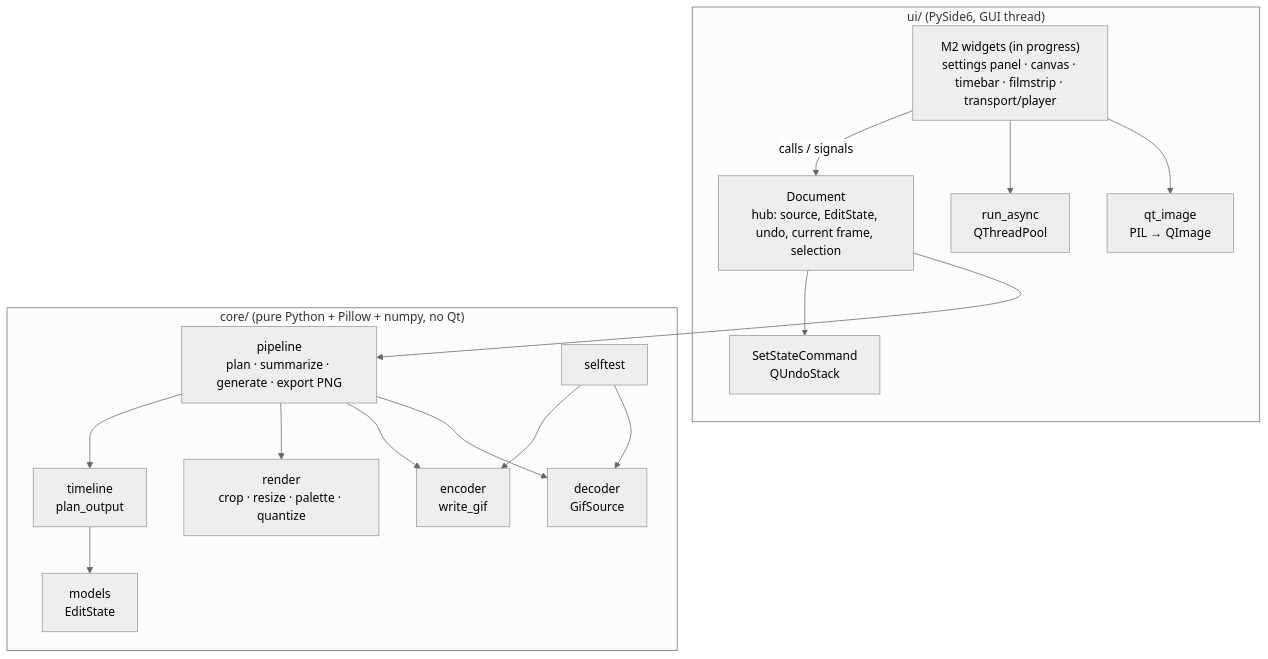
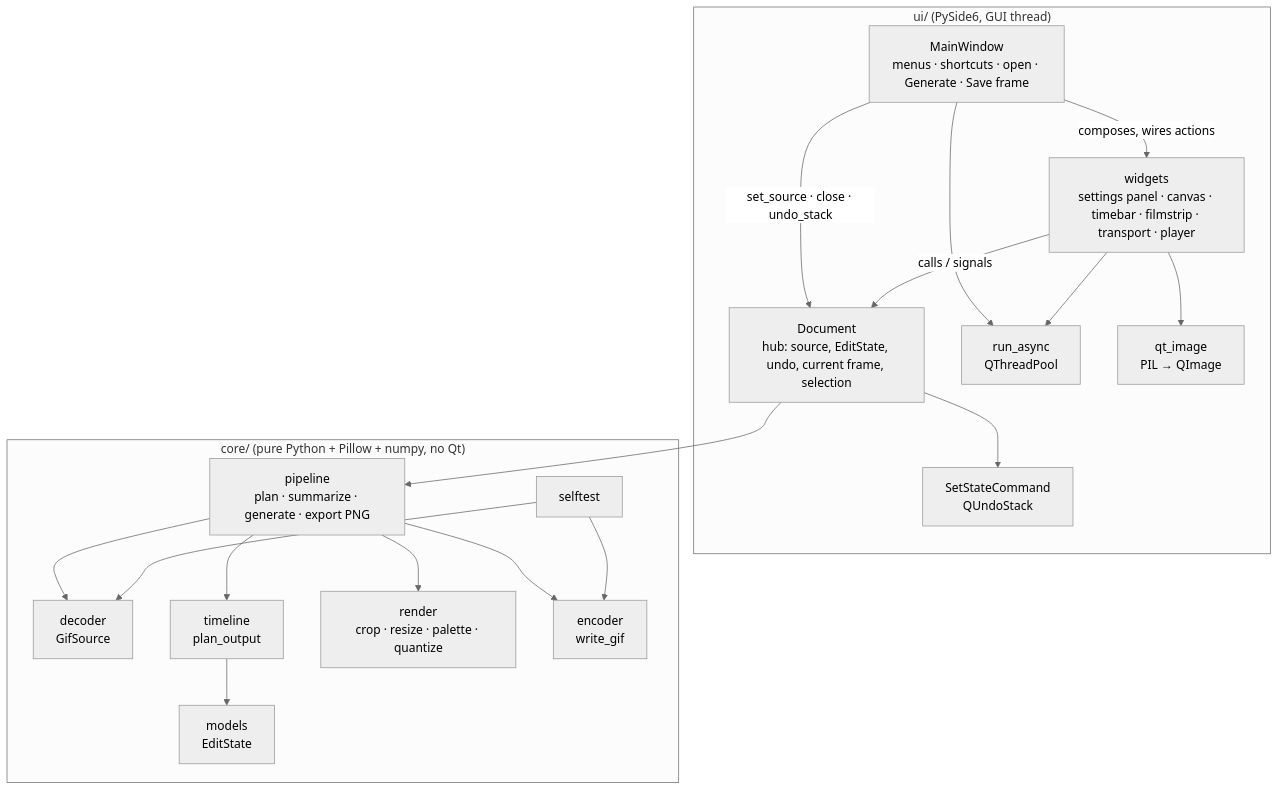
The first of 5 diagrams in docs/03-architecture.md (ErmanKan/EGPlease), drawn with Mermaid (neutral theme) before and after one commit. The commit also changed other lines of this file and 21 other files, not shown here.

Commit message:
docs: complete Milestone 2 documentation (main window, inspector, architecture, dev log, README)

````diff
--- a/docs/03-architecture.md
+++ b/docs/03-architecture.md
@@ -7,27 +7,31 @@
 ```mermaid
 flowchart TB
     subgraph UI["ui/ (PySide6, GUI thread)"]
-        W["M2 widgets (in progress)<br/>settings panel · canvas · timebar · filmstrip · transport/player"]
+        MW["MainWindow<br/>menus · shortcuts · open · Generate · Save frame"]
+        W["widgets<br/>settings panel · canvas · timebar · filmstrip · transport · player"]
         DOC[Document<br/>hub: source, EditState, undo, current frame, selection]
         CMD[SetStateCommand<br/>QUndoStack]
         WK[run_async<br/>QThreadPool]
         QI[qt_image<br/>PIL → QImage]
     end
     subgraph CORE["core/ (pure Python + Pillow + numpy, no Qt)"]
         MOD[models<br/>EditState]
         DEC[decoder<br/>GifSource]
         TL[timeline<br/>plan_output]
         REN[render<br/>crop · resize · palette · quantize]
         ENC[encoder<br/>write_gif]
         PIPE[pipeline<br/>plan · summarize · generate · export PNG]
         ST[selftest]
     end
+    MW -->|composes, wires actions| W
+    MW -->|set_source · close · undo_stack| DOC
     W -->|calls / signals| DOC
+    MW --> WK
     DOC --> CMD
     W --> WK
     W --> QI
     DOC --> PIPE
     PIPE --> TL & REN & ENC & DEC
     TL --> MOD
     ST --> ENC & DEC
 ```
````
